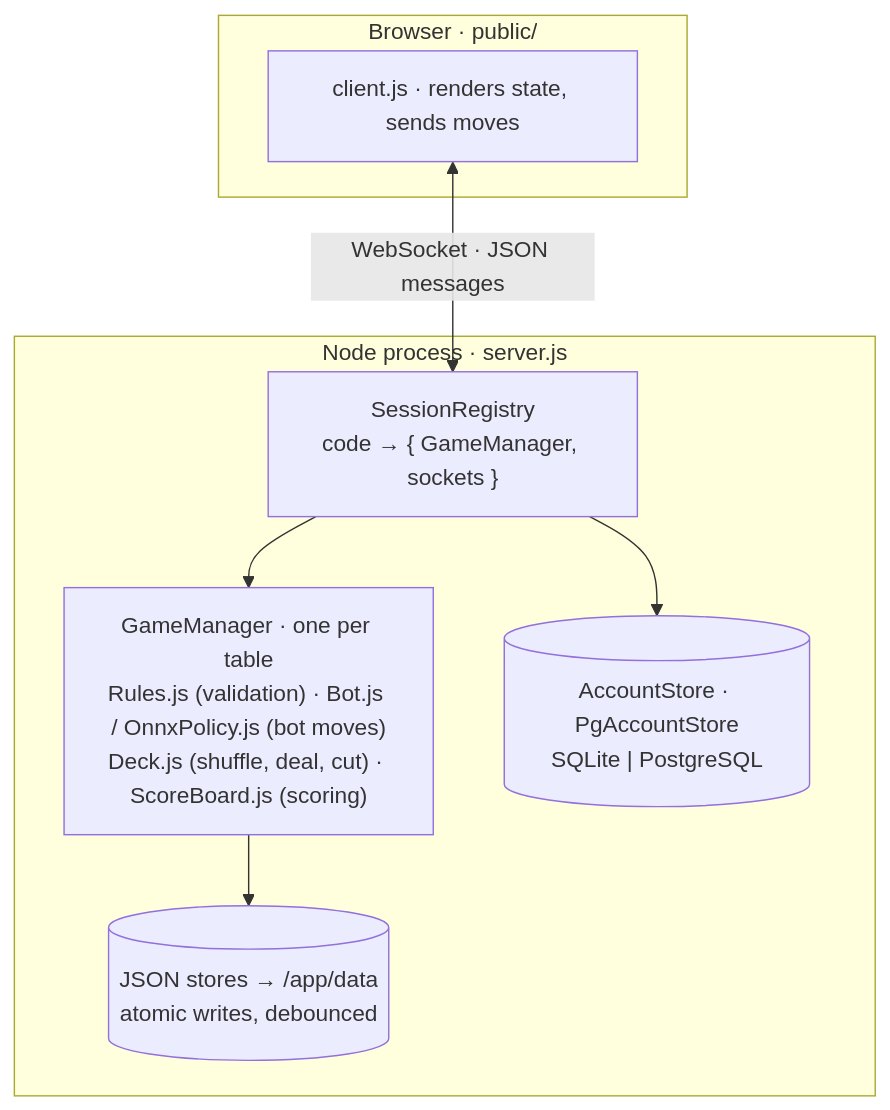
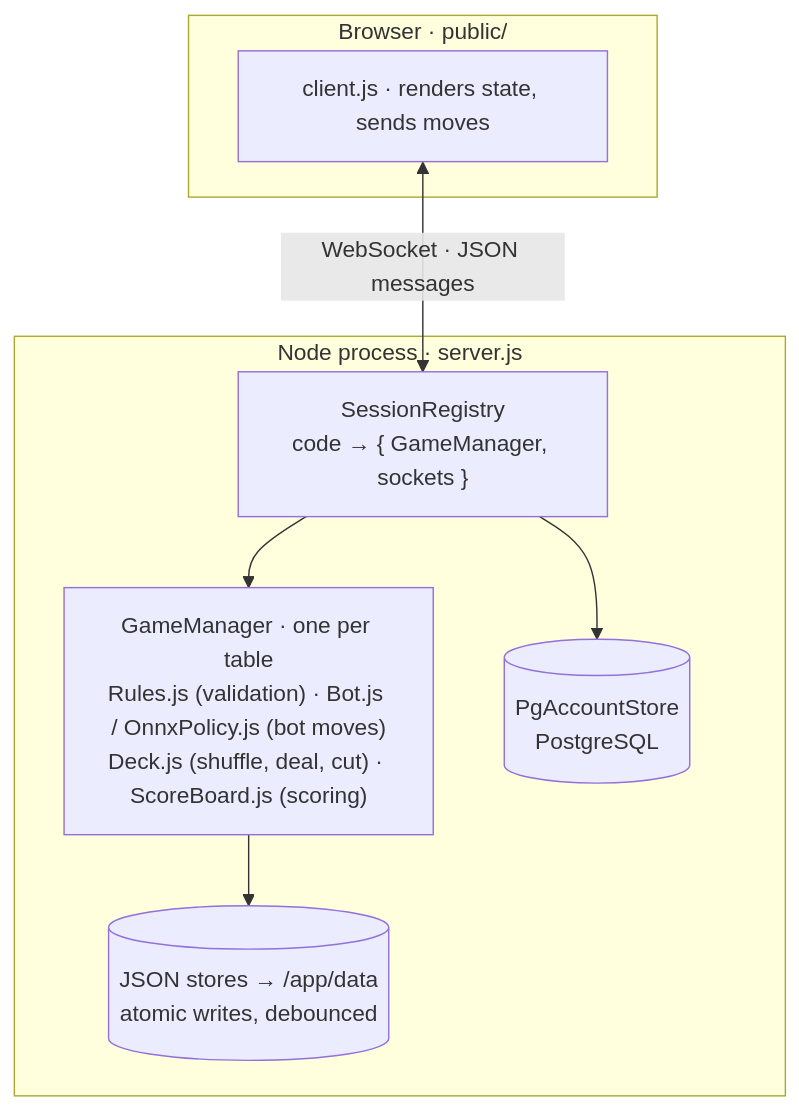
The first of 3 diagrams in docs/developer/architecture.md (floriandeutsch89/pikdame-local), drawn with Mermaid before and after one commit. The commit also changed other lines of this file and 52 other files, not shown here.

First line of the commit message:
Require PostgreSQL, remove the SQLite account store

````diff
--- a/docs/developer/architecture.md
+++ b/docs/developer/architecture.md
@@ -5,16 +5,16 @@
 ```mermaid
 flowchart TB
   subgraph browser["Browser · public/"]
     CJ["client.js · renders state, sends moves"]
   end
   subgraph node["Node process · server.js"]
     REG["SessionRegistry<br/>code → { GameManager, sockets }"]
     GM["GameManager · one per table<br/>Rules.js (validation) · Bot.js / OnnxPolicy.js (bot moves)<br/>Deck.js (shuffle, deal, cut) · ScoreBoard.js (scoring)"]
     STORES[("JSON stores → /app/data<br/>atomic writes, debounced")]
-    ACC[("AccountStore · PgAccountStore<br/>SQLite | PostgreSQL")]
+    ACC[("PgAccountStore<br/>PostgreSQL")]
     REG --> GM
     GM --> STORES
     REG --> ACC
   end
   CJ <-- "WebSocket · JSON messages" --> REG
 ```
````
